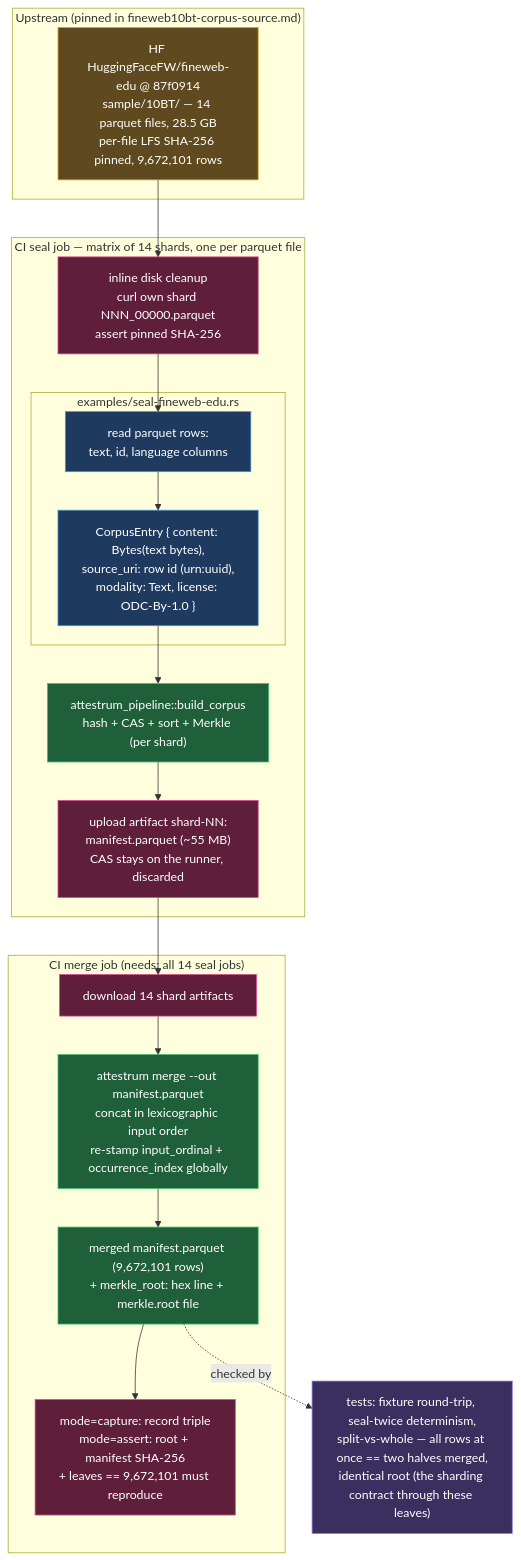
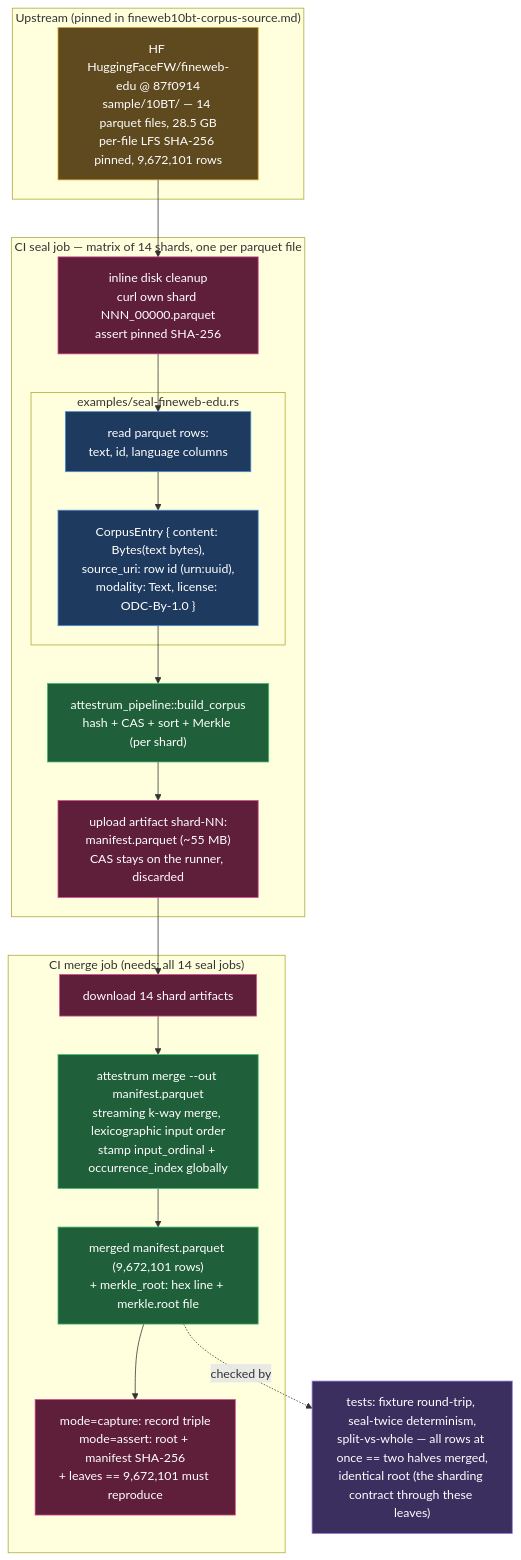
The diagram in docs/diagrams/lookback/fineweb10bt-seal-pipeline.md (Attestrum/Attestrum), drawn with Mermaid before and after one commit. The commit also changed other lines of this file and 7 other files, not shown here.

````diff
--- a/docs/diagrams/lookback/fineweb10bt-seal-pipeline.md
+++ b/docs/diagrams/lookback/fineweb10bt-seal-pipeline.md
@@ -46,45 +47,45 @@
 ```mermaid
 flowchart TD
   subgraph SRC["Upstream (pinned in fineweb10bt-corpus-source.md)"]
     HF["HF HuggingFaceFW/fineweb-edu @ 87f0914<br/>sample/10BT/ — 14 parquet files, 28.5 GB<br/>per-file LFS SHA-256 pinned, 9,672,101 rows"]
   end
 
   subgraph MATRIX["CI seal job — matrix of 14 shards, one per parquet file"]
     DL["inline disk cleanup<br/>curl own shard NNN_00000.parquet<br/>assert pinned SHA-256"]
     subgraph GEN["examples/seal-fineweb-edu.rs"]
       READ["read parquet rows:<br/>text, id, language columns"]
       ENTRY["CorpusEntry { content: Bytes(text bytes),<br/>source_uri: row id (urn:uuid),<br/>modality: Text, license: ODC-By-1.0 }"]
       READ --> ENTRY
     end
     BUILD["attestrum_pipeline::build_corpus<br/>hash + CAS + sort + Merkle (per shard)"]
     ART["upload artifact shard-NN:<br/>manifest.parquet (~55 MB)<br/>CAS stays on the runner, discarded"]
     DL --> READ
     ENTRY --> BUILD
     BUILD --> ART
   end
 
   subgraph MERGE["CI merge job (needs: all 14 seal jobs)"]
     GATHER["download 14 shard artifacts"]
-    MRG["attestrum merge --out manifest.parquet<br/>concat in lexicographic input order<br/>re-stamp input_ordinal + occurrence_index globally"]
+    MRG["attestrum merge --out manifest.parquet<br/>streaming k-way merge, lexicographic input order<br/>stamp input_ordinal + occurrence_index globally"]
     ROOT["merged manifest.parquet (9,672,101 rows)<br/>+ merkle_root: hex line + merkle.root file"]
     TRIPLE["mode=capture: record triple<br/>mode=assert: root + manifest SHA-256<br/>+ leaves == 9,672,101 must reproduce"]
     GATHER --> MRG --> ROOT --> TRIPLE
   end
 
   HF --> DL
   ART --> GATHER
 
   DET["tests: fixture round-trip, seal-twice determinism,<br/>split-vs-whole — all rows at once == two halves merged,<br/>identical root (the sharding contract through these leaves)"]
   ROOT -.checked by.-> DET
 
   classDef in fill:#5f4a1f,stroke:#e0a52e,color:#fff
   classDef ci fill:#5f1f3a,stroke:#d94a90,color:#fff
   classDef gen fill:#1f3a5f,stroke:#4a90d9,color:#fff
   classDef pipe fill:#1f5f3a,stroke:#3ec072,color:#fff
   classDef test fill:#3a2f5f,stroke:#9a7ad9,color:#fff
   class HF in
   class DL,ART,GATHER,TRIPLE ci
   class READ,ENTRY gen
   class BUILD,MRG,ROOT pipe
   class DET test
 ```
````
